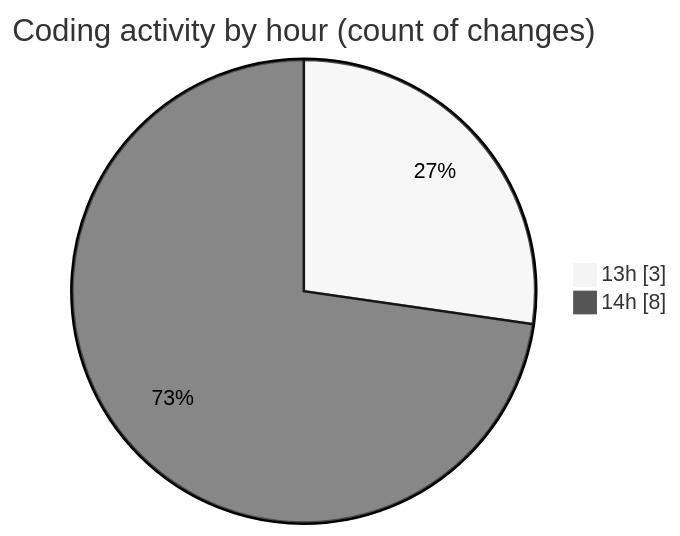
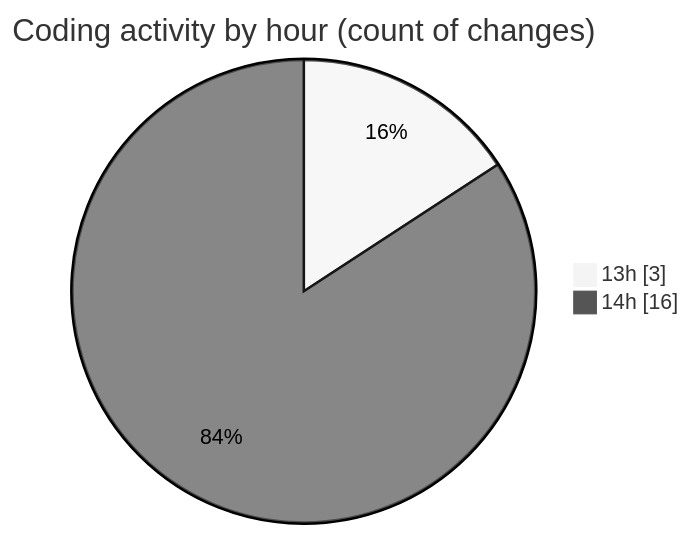
The second of 2 diagrams in 2025-02-13/pdf-analysis-app/README.md (momahboobian/code-tracking), drawn with Mermaid (neutral theme) before and after one commit. The commit also changed other lines of this file and 1 other file, not shown here.

````diff
--- a/2025-02-13/pdf-analysis-app/README.md
+++ b/2025-02-13/pdf-analysis-app/README.md
@@ -35,6 +37,6 @@
 ```mermaid
 pie showData
 title Coding activity by hour (count of changes)
 "13h" : 3
-"14h" : 8
+"14h" : 16
 ```
````
